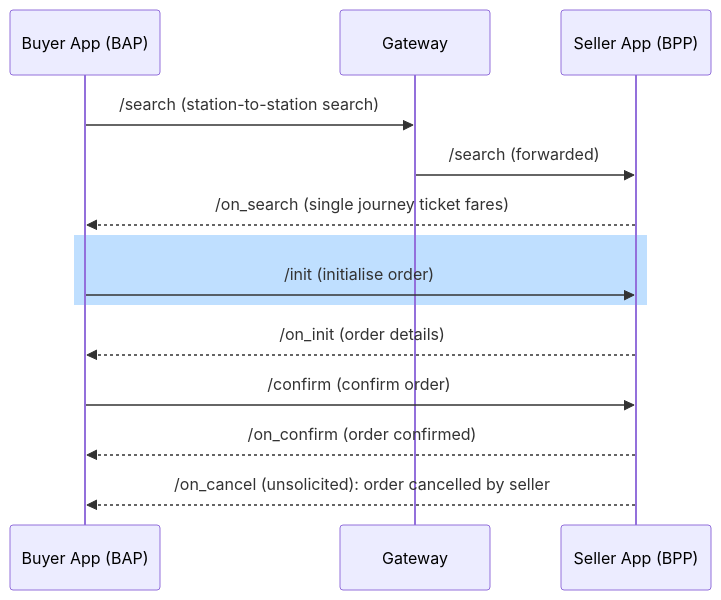
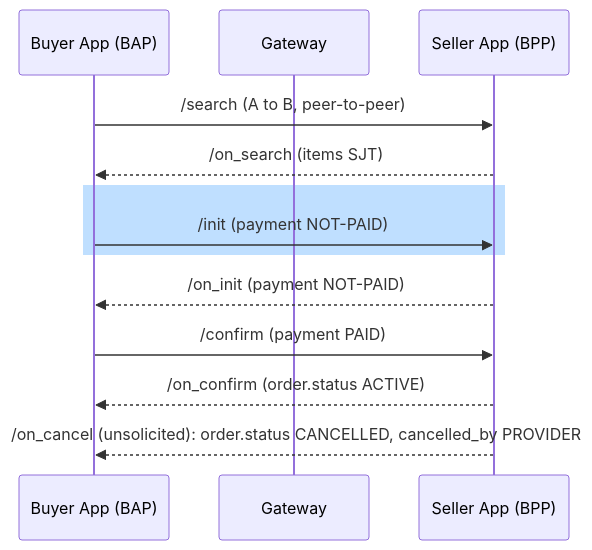
Before and after one commit to ONDC-Official/automation-specifications: the third of 7 diagrams in config/docs/seller-offline-cancellation-w-o-search-1-select-sequence-diagrams.md, drawn with Mermaid. The commit also changed other lines of this file and 24 other files, not shown here.

````diff
--- a/config/docs/seller-offline-cancellation-w-o-search-1-select-sequence-diagrams.md
+++ b/config/docs/seller-offline-cancellation-w-o-search-1-select-sequence-diagrams.md
@@ -50,16 +48,15 @@
 ```mermaid
 sequenceDiagram
   participant Buyer App (BAP)
   participant Gateway
   participant Seller App (BPP)
-  Buyer App (BAP)->>Gateway: /search (station-to-station search)
-  Gateway->>Seller App (BPP): /search (forwarded)
-  Seller App (BPP)-->>Buyer App (BAP): /on_search (single journey ticket fares)
+  Buyer App (BAP)->>Seller App (BPP): /search (A to B, peer-to-peer)
+  Seller App (BPP)-->>Buyer App (BAP): /on_search (items SJT)
   rect rgb(191, 223, 255)
-  Buyer App (BAP)->>Seller App (BPP): /init (initialise order)
+  Buyer App (BAP)->>Seller App (BPP): /init (payment NOT-PAID)
   end
-  Seller App (BPP)-->>Buyer App (BAP): /on_init (order details)
-  Buyer App (BAP)->>Seller App (BPP): /confirm (confirm order)
-  Seller App (BPP)-->>Buyer App (BAP): /on_confirm (order confirmed)
-  Seller App (BPP)-->>Buyer App (BAP): /on_cancel (unsolicited): order cancelled by seller
+  Seller App (BPP)-->>Buyer App (BAP): /on_init (payment NOT-PAID)
+  Buyer App (BAP)->>Seller App (BPP): /confirm (payment PAID)
+  Seller App (BPP)-->>Buyer App (BAP): /on_confirm (order.status ACTIVE)
+  Seller App (BPP)-->>Buyer App (BAP): /on_cancel (unsolicited): order.status CANCELLED, cancelled_by PROVIDER
 ```
````
